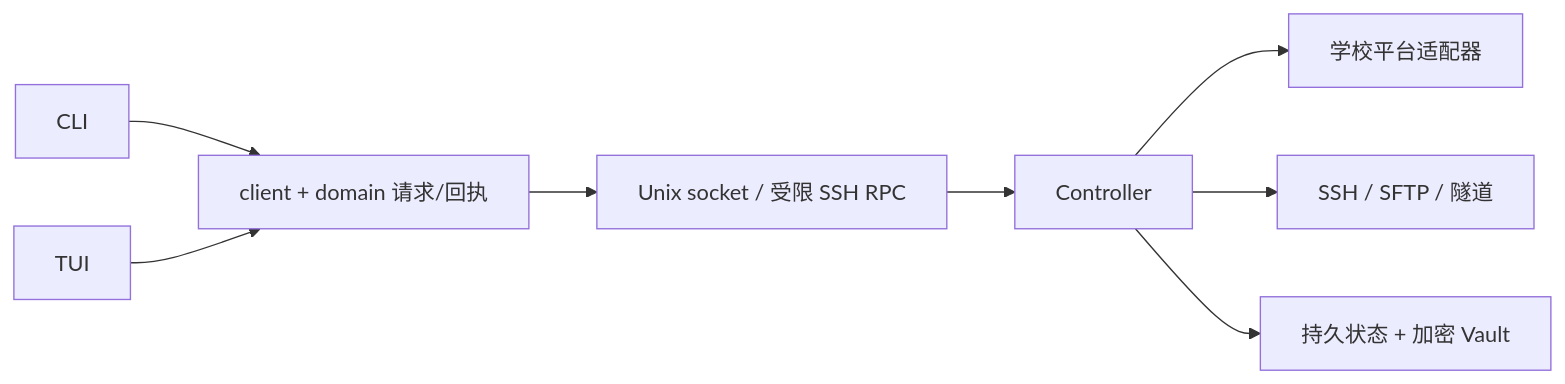
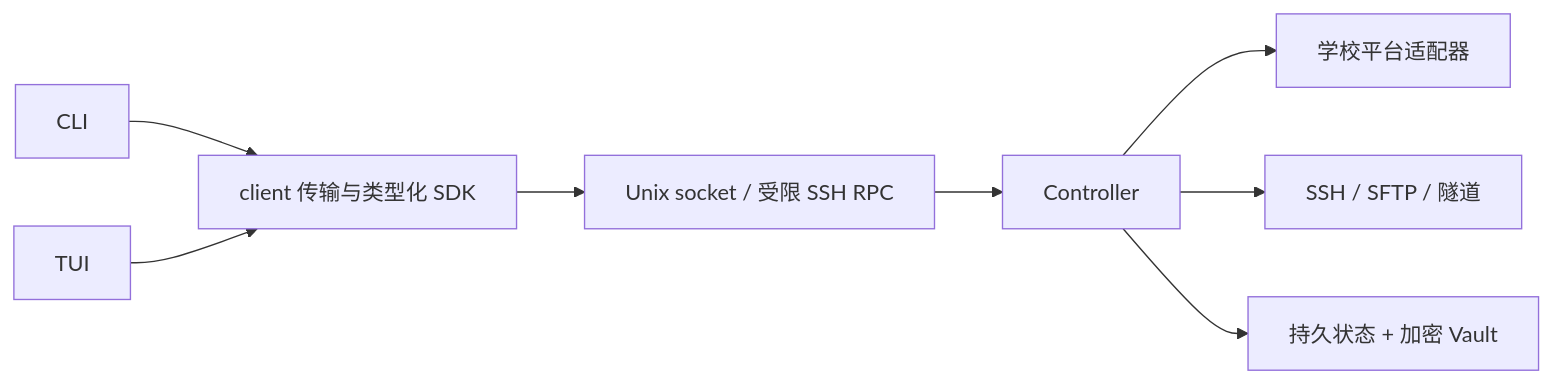
The diagram in docs/architecture.md (ppppangu/bupt-cli), drawn with Mermaid before and after one commit. The commit also changed other lines of this file and 153 other files, not shown here.

````diff
--- a/docs/architecture.md
+++ b/docs/architecture.md
@@ -14,10 +14,10 @@
 ```mermaid
 flowchart LR
-    CLI[CLI] --> SDK[client + domain 请求/回执]
+    CLI[CLI] --> SDK[client 传输与类型化 SDK]
     TUI[TUI] --> SDK
     SDK --> RPC[Unix socket / 受限 SSH RPC]
     RPC --> Core[Controller]
     Core --> Platform[学校平台适配器]
     Core --> Connect[SSH / SFTP / 隧道]
     Core --> Store[持久状态 + 加密 Vault]
 ```
````
